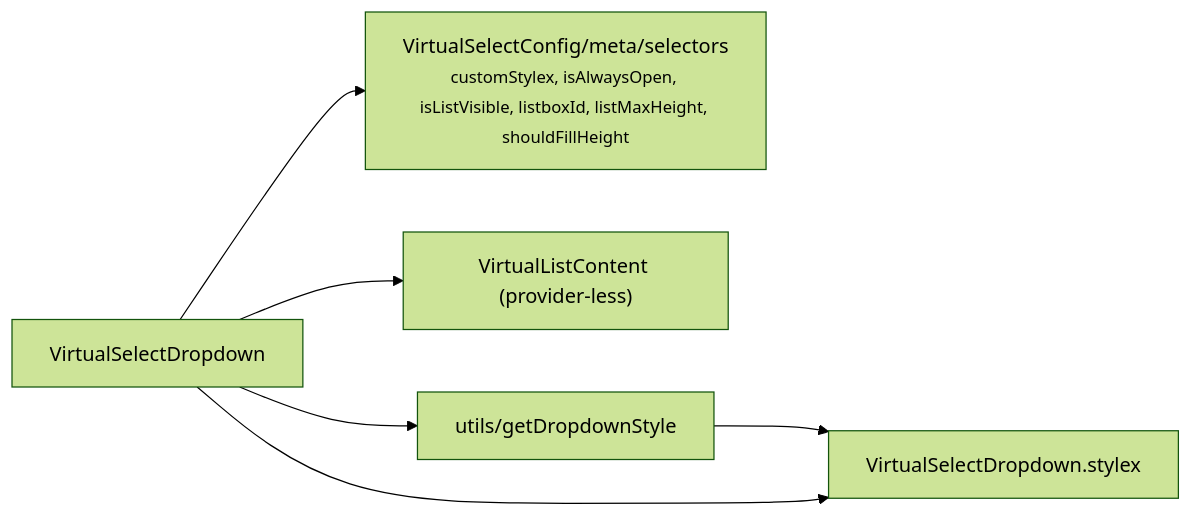
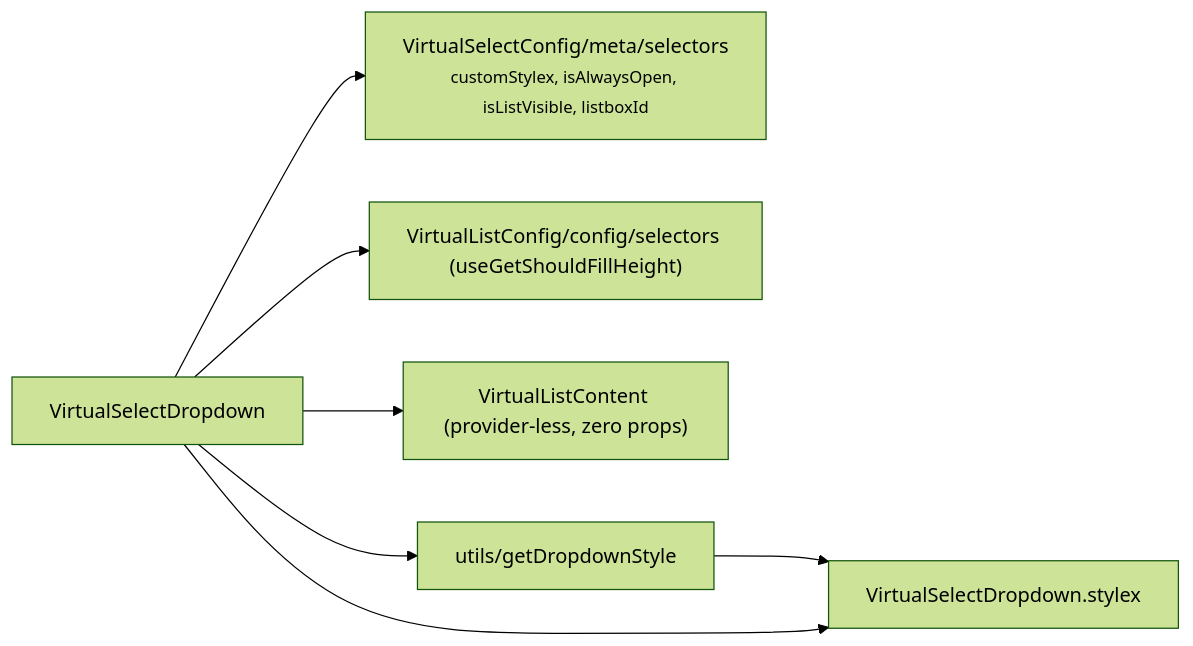
The diagram in packages/ui/src/components/VirtualSelect/VirtualSelectDropdown/ARCHITECTURE.md (luciocabrera/lcabrera-stack), drawn with Mermaid (forest theme) before and after one commit. The commit also changed other lines of this file and 48 other files, not shown here.

First line of the commit message:
refactor(VirtualSelect): streamline dropdown and header components

````diff
--- a/packages/ui/src/components/VirtualSelect/VirtualSelectDropdown/ARCHITECTURE.md
+++ b/packages/ui/src/components/VirtualSelect/VirtualSelectDropdown/ARCHITECTURE.md
@@ -21,8 +21,9 @@
 ```mermaid
 graph LR
-  VSD["VirtualSelectDropdown"] --> MSEL["VirtualSelectConfig/meta/selectors\n<small>customStylex, isAlwaysOpen, isListVisible, listboxId, listMaxHeight, shouldFillHeight</small>"]
-  VSD --> VLC["VirtualListContent (provider-less)"]
+  VSD["VirtualSelectDropdown"] --> MSEL["VirtualSelectConfig/meta/selectors\n<small>customStylex, isAlwaysOpen, isListVisible, listboxId</small>"]
+  VSD --> LSEL["VirtualListConfig/config/selectors (useGetShouldFillHeight)"]
+  VSD --> VLC["VirtualListContent (provider-less, zero props)"]
   VSD --> GDS["utils/getDropdownStyle"]
   GDS --> VSD_stylex["VirtualSelectDropdown.stylex"]
   VSD --> VSD_stylex
 ```
````
